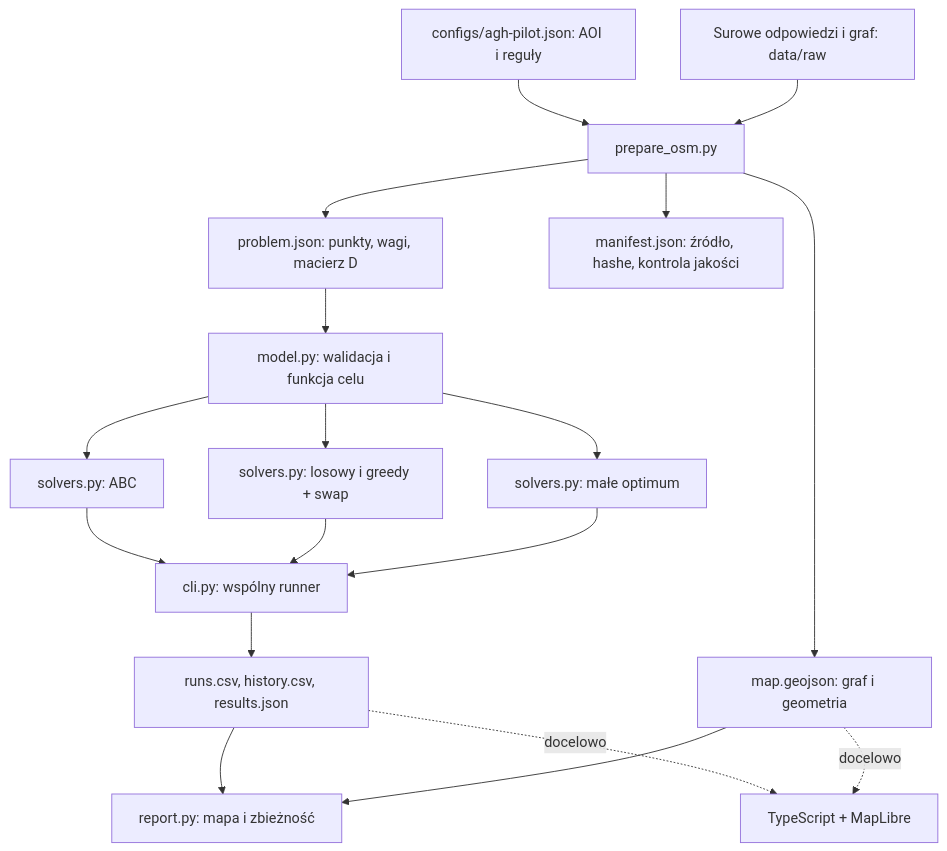
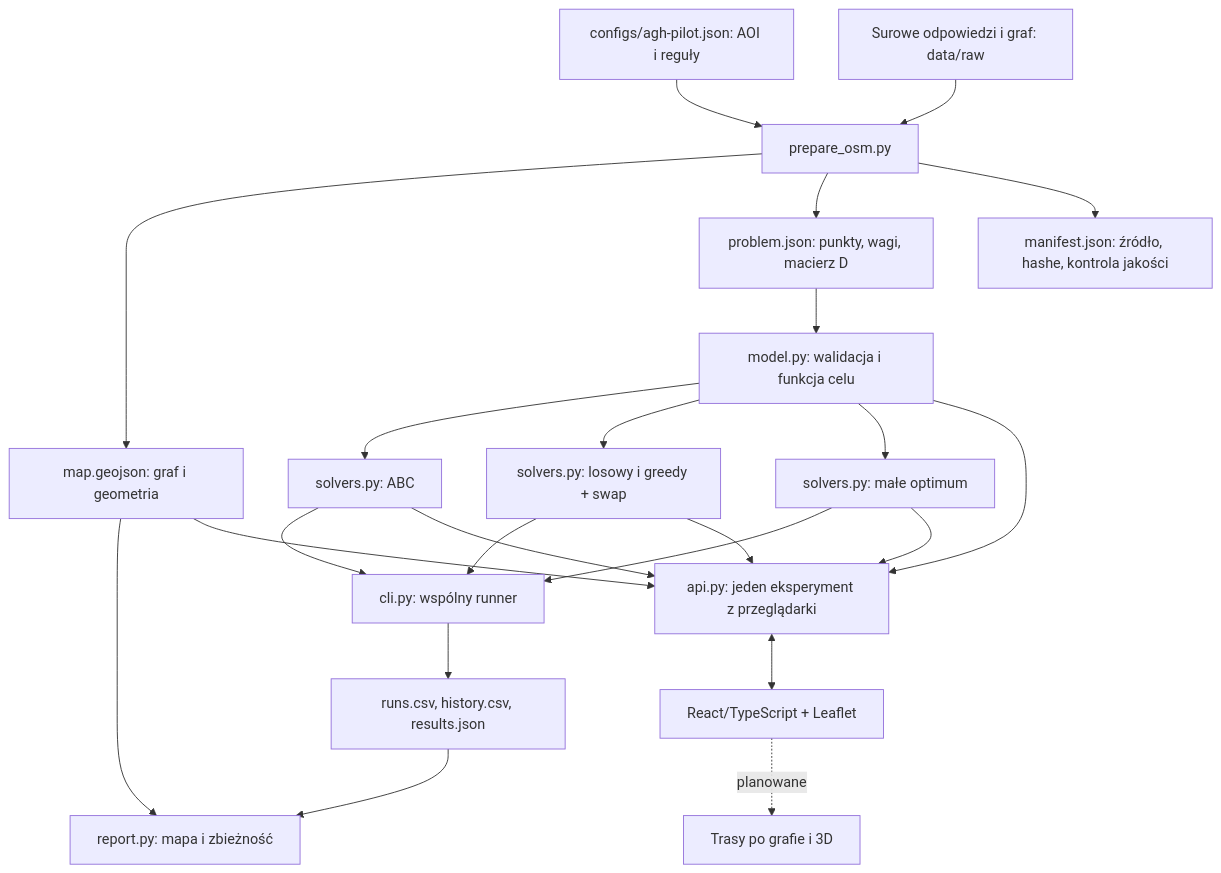
One commit to karolbystrek/algorytmy-inspirowane-natura-projekt changed the second of 3 diagrams in docs/ARCHITECTURE.md. Above: the diagram before and after it, drawn with Mermaid. The commit also changed other lines of this file and 24 other files, not shown here.

First line of the commit message:
Demo FastAPI + React i stan projektu przed prezentacją (#4)

````diff
--- a/docs/ARCHITECTURE.md
+++ b/docs/ARCHITECTURE.md
@@ -26,20 +30,25 @@
 ```mermaid
 flowchart TD
     AOI[configs/agh-pilot.json: AOI i reguły] --> P[prepare_osm.py]
     RAW[Surowe odpowiedzi i graf: data/raw] --> P
     P --> MAP[map.geojson: graf i geometria]
     P --> PROBLEM[problem.json: punkty, wagi, macierz D]
     P --> MANIFEST[manifest.json: źródło, hashe, kontrola jakości]
     PROBLEM --> VALID[model.py: walidacja i funkcja celu]
     VALID --> ABC[solvers.py: ABC]
     VALID --> BASE[solvers.py: losowy i greedy + swap]
     VALID --> EXACT[solvers.py: małe optimum]
     ABC --> RUN[cli.py: wspólny runner]
     BASE --> RUN
     EXACT --> RUN
     RUN --> OUT[runs.csv, history.csv, results.json]
     OUT --> PLOT[report.py: mapa i zbieżność]
     MAP --> PLOT
-    OUT -. docelowo .-> WEB[TypeScript + MapLibre]
-    MAP -. docelowo .-> WEB
+    VALID --> API[api.py: jeden eksperyment z przeglądarki]
+    ABC --> API
+    BASE --> API
+    EXACT --> API
+    MAP --> API
+    API <--> WEB[React/TypeScript + Leaflet]
+    WEB -. planowane .-> FUTURE[Trasy po grafie i 3D]
 ```
````
